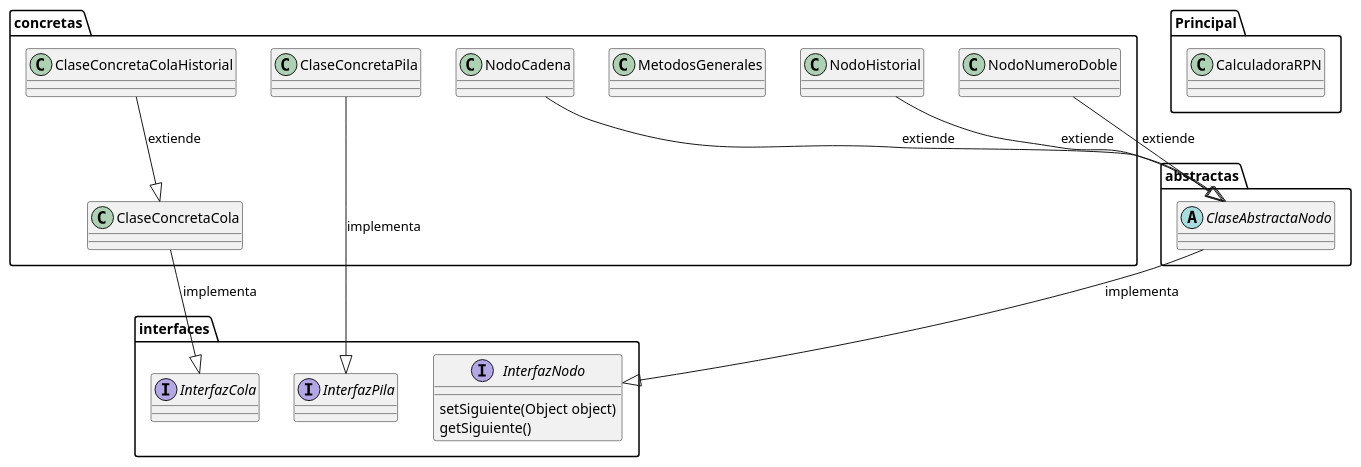
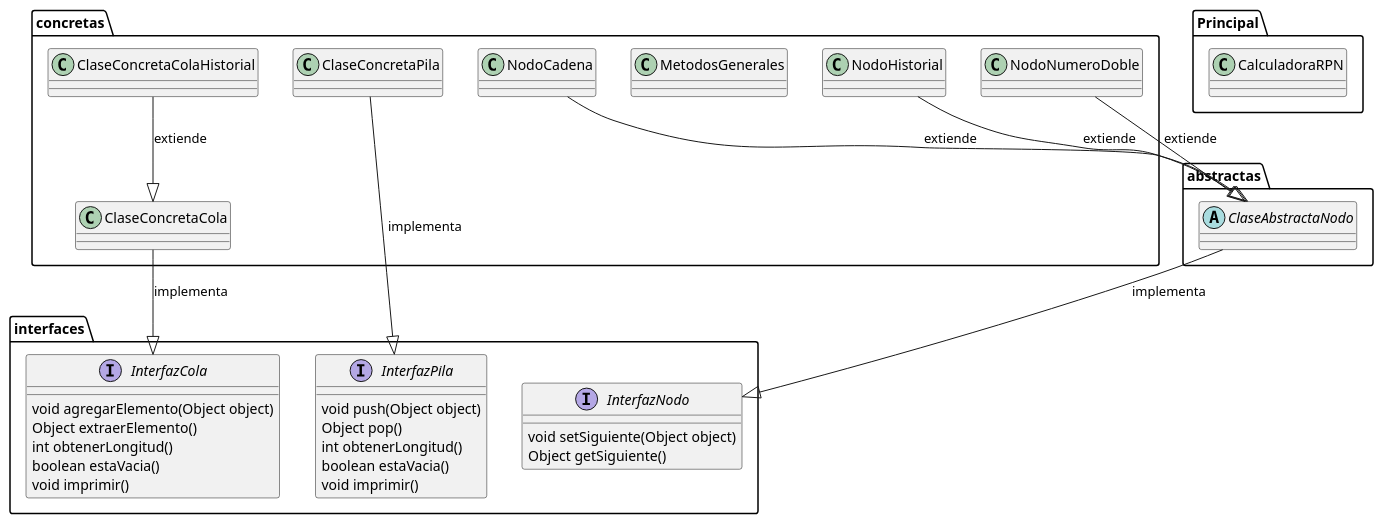
Before and after one commit to cbl3685/Calculadora: the diagram in UMLCalculadoraRPN.puml, drawn with PlantUML. The commit also changed 1 other file, not shown here.

Commit message:
Actualizar Readme y Diagrama UML

```diff
--- a/UMLCalculadoraRPN.puml
+++ b/UMLCalculadoraRPN.puml
@@ -1,23 +1,36 @@
 @startuml
 abstract class abstractas.ClaseAbstractaNodo
 class Principal.CalculadoraRPN
 class concretas.ClaseConcretaCola
 class concretas.ClaseConcretaColaHistorial
 class concretas.ClaseConcretaPila
 class concretas.MetodosGenerales
 class concretas.NodoCadena
 class concretas.NodoHistorial
 class concretas.NodoNumeroDoble
-interface interfaces.InterfazCola
-interface interfaces.InterfazNodo
-interface interfaces.InterfazPila
+interface interfaces.InterfazCola{
+    void agregarElemento(Object object)
+    Object extraerElemento()
+    int obtenerLongitud()
+    boolean estaVacia()
+    void imprimir()
+}
+interface interfaces.InterfazNodo{
+    void setSiguiente(Object object)
+    Object getSiguiente()
+}
+interface interfaces.InterfazPila{
+    void push(Object object)
+    Object pop()
+    int obtenerLongitud()
+    boolean estaVacia()
+    void imprimir()
+}
 abstractas.ClaseAbstractaNodo --|> interfaces.InterfazNodo : implementa
-interfaces.InterfazNodo : setSiguiente(Object object)
-interfaces.InterfazNodo : getSiguiente()
 concretas.ClaseConcretaCola --|> interfaces.InterfazCola : implementa
 concretas.ClaseConcretaColaHistorial --|> concretas.ClaseConcretaCola : extiende
 concretas.ClaseConcretaPila --|> interfaces.InterfazPila : implementa
 concretas.NodoCadena --|> abstractas.ClaseAbstractaNodo : extiende
 concretas.NodoHistorial --|> abstractas.ClaseAbstractaNodo : extiende
 concretas.NodoNumeroDoble --|> abstractas.ClaseAbstractaNodo : extiende
 @enduml
```
